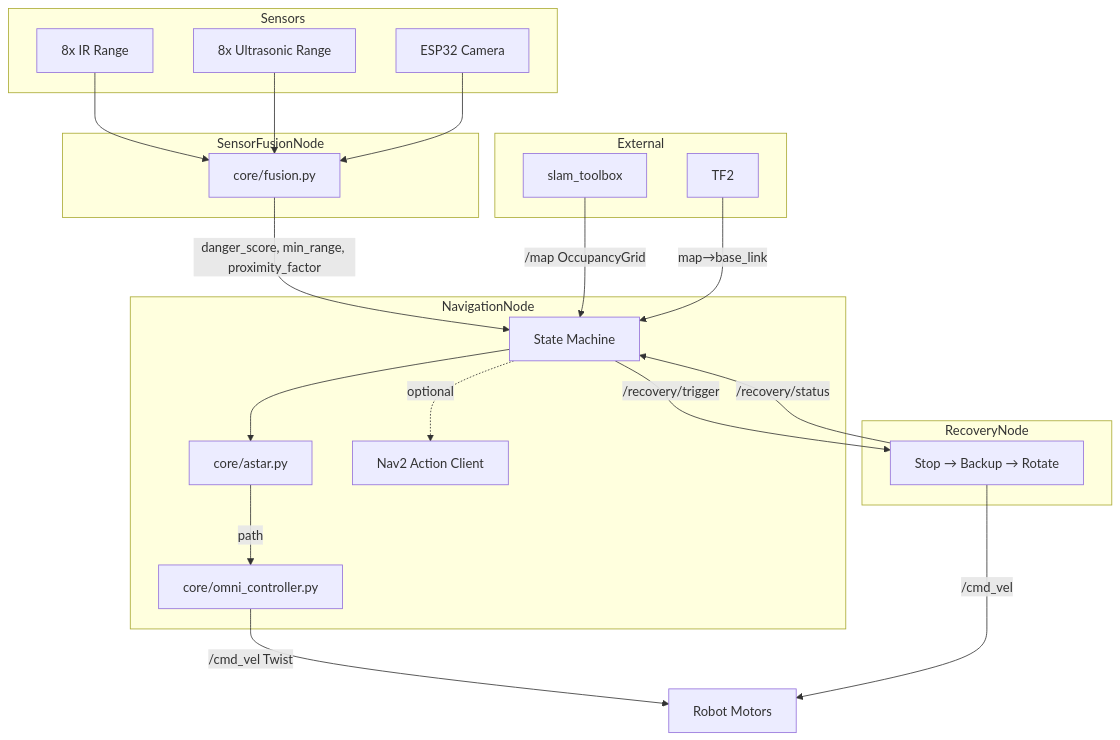
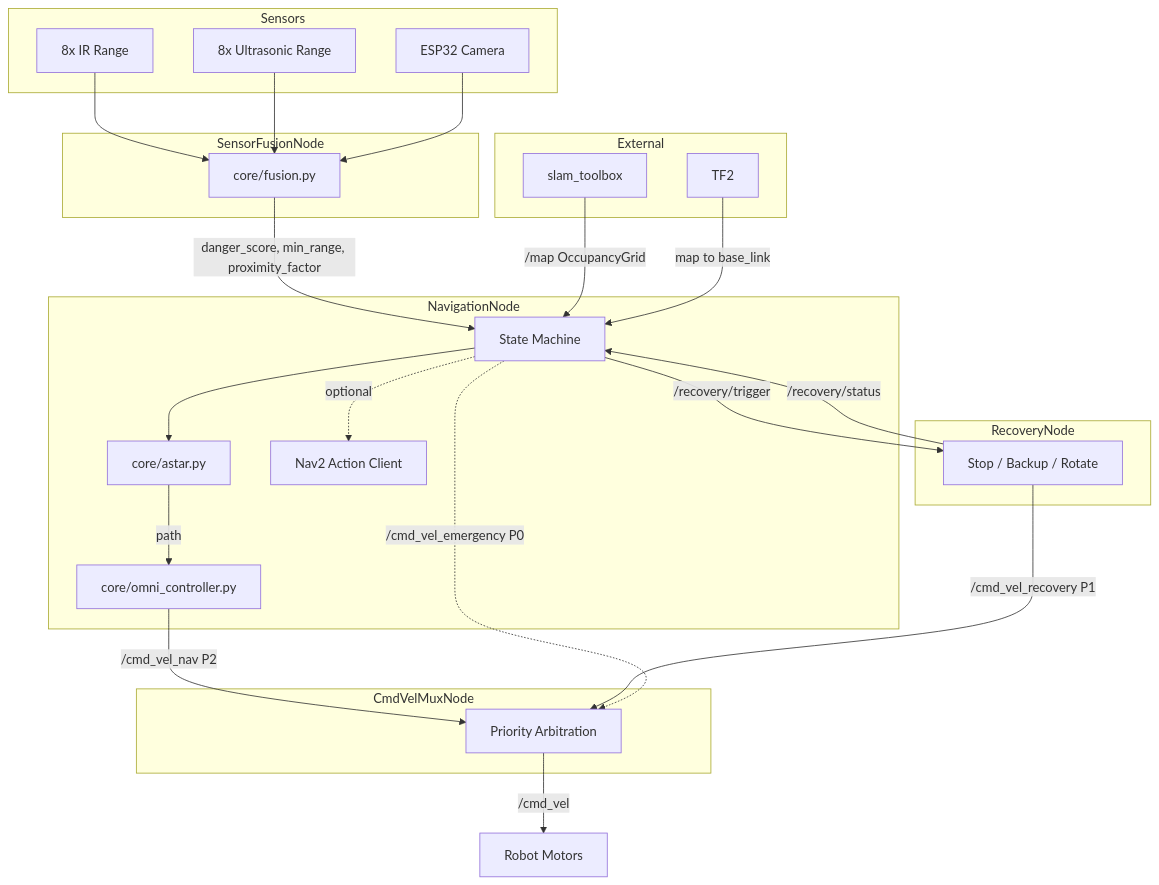
The diagram in README.md (iamkavin1674/Autonomous-Navigation-Robot), drawn with Mermaid before and after one commit. The commit also changed other lines of this file, not shown here.

Commit message:
Refine recovery and command velocity mappings in README
Updated the recovery process and command velocity mappings in the diagram.

````diff
--- a/README.md
+++ b/README.md
@@ -28,42 +28,48 @@
 ```mermaid
 graph TB
     subgraph Sensors
         IR["8x IR Range"]
         US["8x Ultrasonic Range"]
         CAM["ESP32 Camera"]
     end
 
     subgraph SensorFusionNode
         SF["core/fusion.py"]
     end
 
     subgraph NavigationNode
         SM["State Machine"]
         AS["core/astar.py"]
         OC["core/omni_controller.py"]
         N2["Nav2 Action Client"]
     end
 
     subgraph RecoveryNode
-        REC["Stop → Backup → Rotate"]
+        REC["Stop / Backup / Rotate"]
+    end
+
+    subgraph CmdVelMuxNode
+        MUX["Priority Arbitration"]
     end
 
     subgraph External
         SLAM["slam_toolbox"]
         TF["TF2"]
     end
 
     IR --> SF
     US --> SF
     CAM --> SF
     SF -->|danger_score, min_range, proximity_factor| SM
     SLAM -->|/map OccupancyGrid| SM
-    TF -->|map→base_link| SM
+    TF -->|map to base_link| SM
     SM --> AS
     AS -->|path| OC
-    OC -->|/cmd_vel Twist| Robot["Robot Motors"]
+    OC -->|/cmd_vel_nav P2| MUX
     SM -->|/recovery/trigger| REC
     REC -->|/recovery/status| SM
-    REC -->|/cmd_vel| Robot
+    REC -->|/cmd_vel_recovery P1| MUX
+    SM -.->|/cmd_vel_emergency P0| MUX
+    MUX -->|/cmd_vel| Robot["Robot Motors"]
     SM -.->|optional| N2
 ```
````
